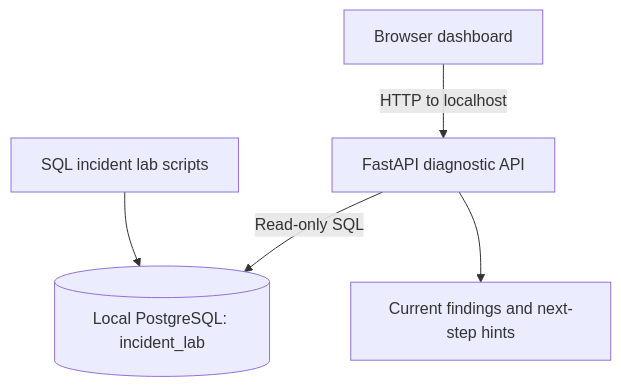
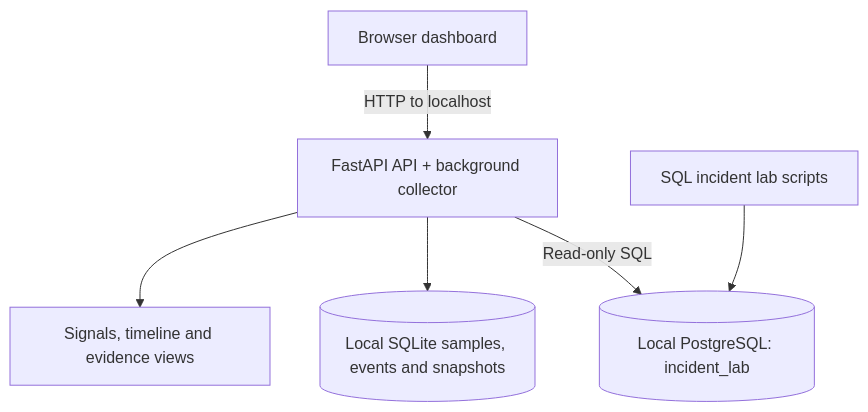
One commit to Kiran-Kambale/DB-Incident-Replay changed the diagram in README.md. Above: the diagram before and after it, drawn with Mermaid. The commit also changed other lines of this file and 6 other files, not shown here.

````diff
--- a/README.md
+++ b/README.md
@@ -36,7 +41,8 @@
 ```mermaid
 flowchart TD
-    A[Browser dashboard] -->|HTTP to localhost| B[FastAPI diagnostic API]
+    A[Browser dashboard] -->|HTTP to localhost| B[FastAPI API + background collector]
     B -->|Read-only SQL| C[(Local PostgreSQL: incident_lab)]
-    D[SQL incident lab scripts] --> C
-    B --> E[Current findings and next-step hints]
+    B --> D[(Local SQLite samples, events and snapshots)]
+    E[SQL incident lab scripts] --> C
+    B --> F[Signals, timeline and evidence views]
 ```
````
